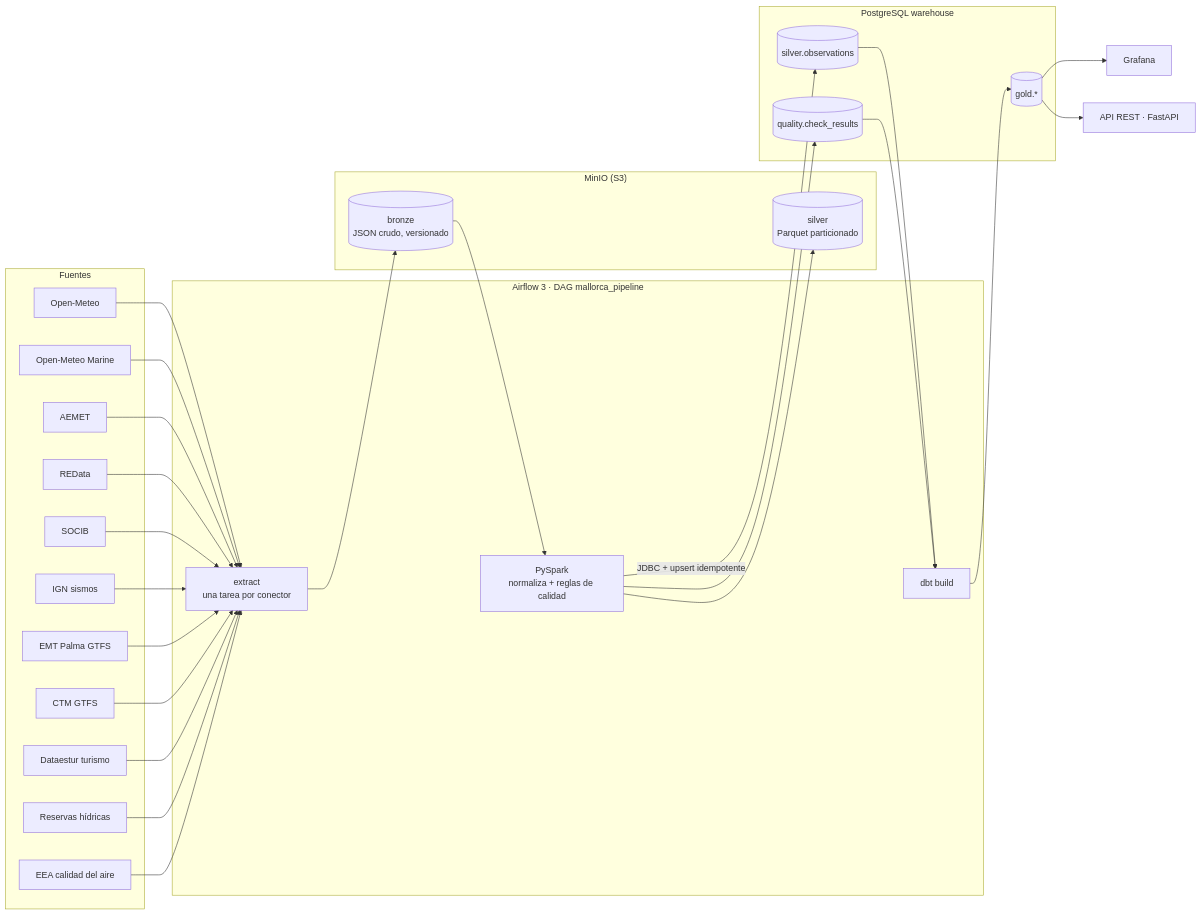
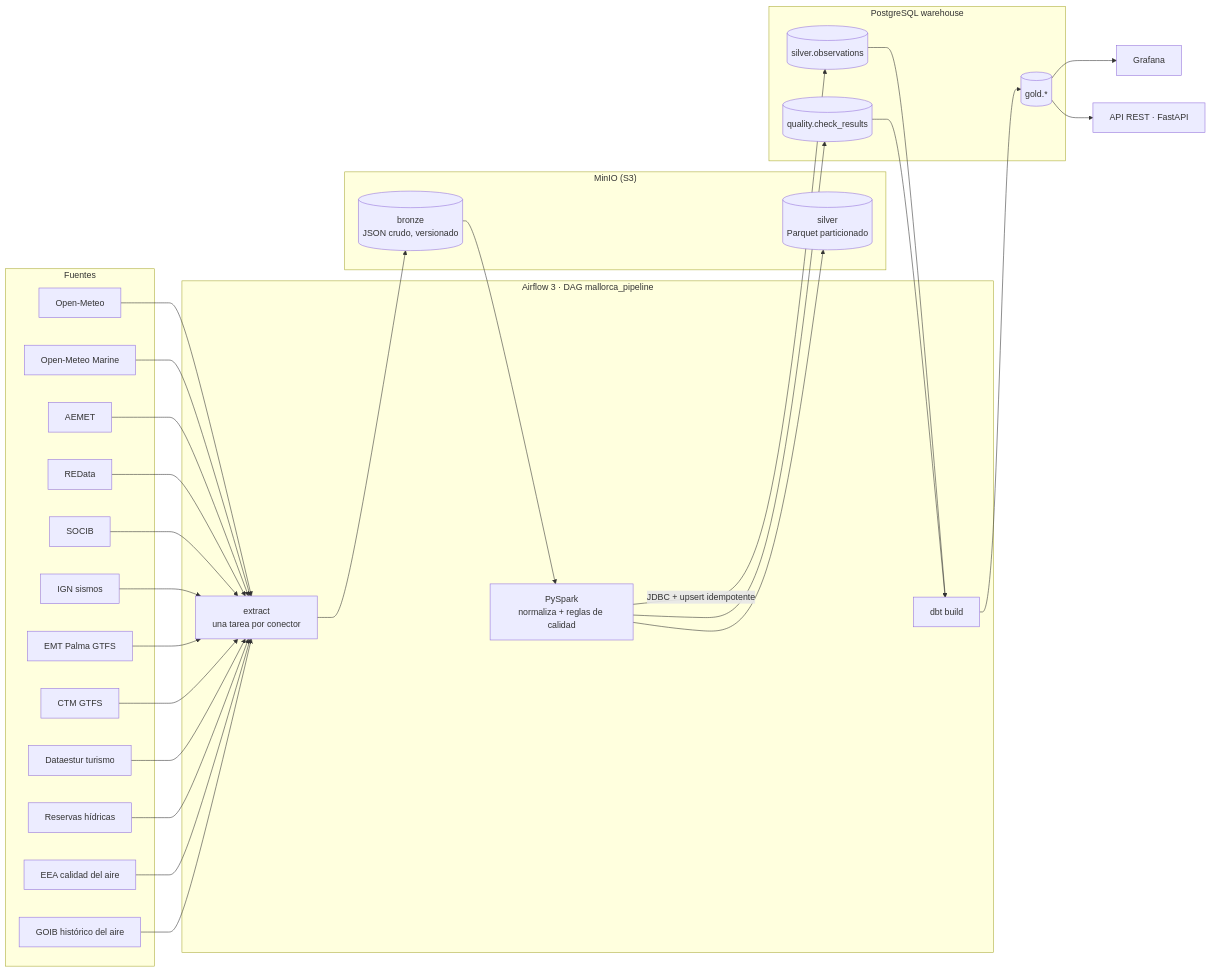
Before and after one commit to AlexandreColl/MallorcaDataPlatform: the diagram in README.md, drawn with Mermaid. The commit also changed other lines of this file and 4 other files, not shown here.

````diff
--- a/README.md
+++ b/README.md
@@ -21,37 +21,38 @@
 ```mermaid
 flowchart LR
     subgraph Fuentes
         OM[Open-Meteo]
         OMM[Open-Meteo Marine]
         AE[AEMET]
         RD[REData]
         SO[SOCIB]
         IG[IGN sismos]
         EM[EMT Palma GTFS]
         CT[CTM GTFS]
         DE[Dataestur turismo]
         WR[Reservas hídricas]
         EA[EEA calidad del aire]
+        GO[GOIB histórico del aire]
     end
     subgraph Airflow["Airflow 3 · DAG mallorca_pipeline"]
         EX[extract<br/>una tarea por conector]
         SP[PySpark<br/>normaliza + reglas de calidad]
         DBT[dbt build]
     end
     subgraph MinIO["MinIO (S3)"]
         BR[(bronze<br/>JSON crudo, versionado)]
         SL[(silver<br/>Parquet particionado)]
     end
     subgraph PG[PostgreSQL warehouse]
         SV[(silver.observations)]
         QC[(quality.check_results)]
         GD[(gold.*)]
     end
-    OM & OMM & AE & RD & SO & IG & EM & CT & DE & WR & EA --> EX --> BR --> SP
+    OM & OMM & AE & RD & SO & IG & EM & CT & DE & WR & EA & GO --> EX --> BR --> SP
     SP --> SL
     SP -->|JDBC + upsert idempotente| SV
     SP --> QC
     SV & QC --> DBT --> GD --> GF[Grafana]
     GD --> API[API REST · FastAPI]
     classDef next stroke-dasharray: 5 5
 ```
````
